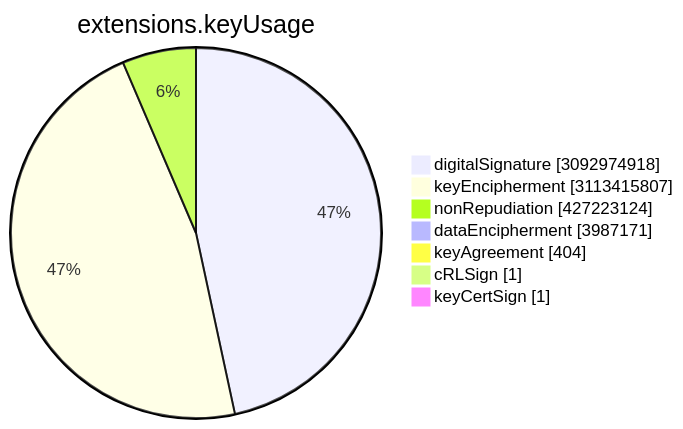
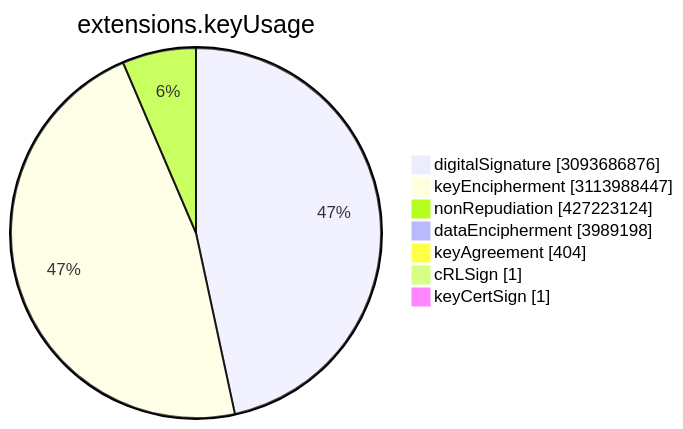
Before and after one commit to christiankrug/ctmonitor_visualization: the sixth of 15 diagrams in TOTAL/README.md, drawn with Mermaid. The commit also changed other lines of this file, not shown here.

````diff
--- a/TOTAL/README.md
+++ b/TOTAL/README.md
@@ -3077,11 +3077,11 @@
 ```mermaid
 pie showData
 title extensions.keyUsage
-"digitalSignature" :3092974918
-"keyEncipherment" :3113415807
+"digitalSignature" :3093686876
+"keyEncipherment" :3113988447
 "nonRepudiation" :427223124
-"dataEncipherment" :3987171
+"dataEncipherment" :3989198
 "keyAgreement" :404
 "cRLSign" :1
 "keyCertSign" :1
 ```
````
